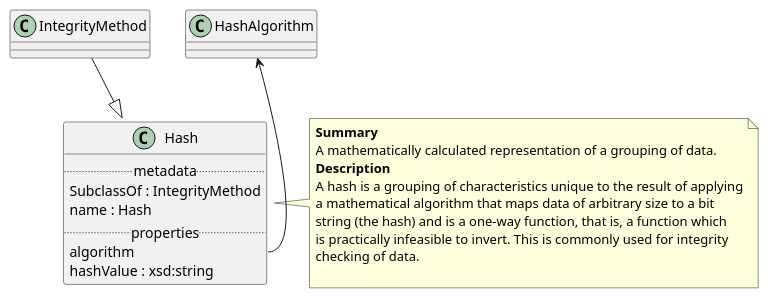
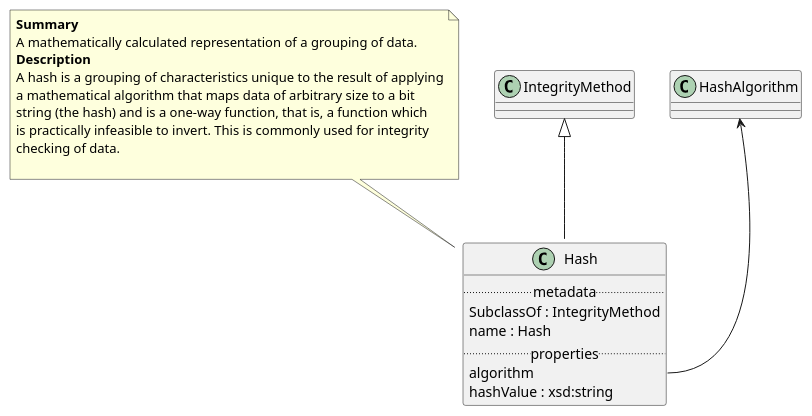
One commit to maxhbr/spec-parser.hs changed the diagram in Classes/Hash.puml. Above: the diagram before and after it, drawn with PlantUML. The commit also changed 51 other files, not shown here.

```diff
--- a/Classes/Hash.puml
+++ b/Classes/Hash.puml
@@ -1,23 +1,23 @@
 @startuml
 class Hash {
 .. metadata ..
     SubclassOf : IntegrityMethod
     name : Hash
 .. properties ..
     algorithm
     hashValue : xsd:string
 }
-note right of Hash
+note top of Hash
 <b>Summary</b>
 A mathematically calculated representation of a grouping of data.
 <b>Description</b>
 A hash is a grouping of characteristics unique to the result of applying
 a mathematical algorithm that maps data of arbitrary size to a bit
 string (the hash) and is a one-way function, that is, a function which
 is practically infeasible to invert. This is commonly used for integrity
 checking of data.
 
 end note
-"IntegrityMethod" --|> "Hash"
+"IntegrityMethod" <|-- "Hash"
 "HashAlgorithm" <-- "Hash::algorithm"
 @enduml
```
